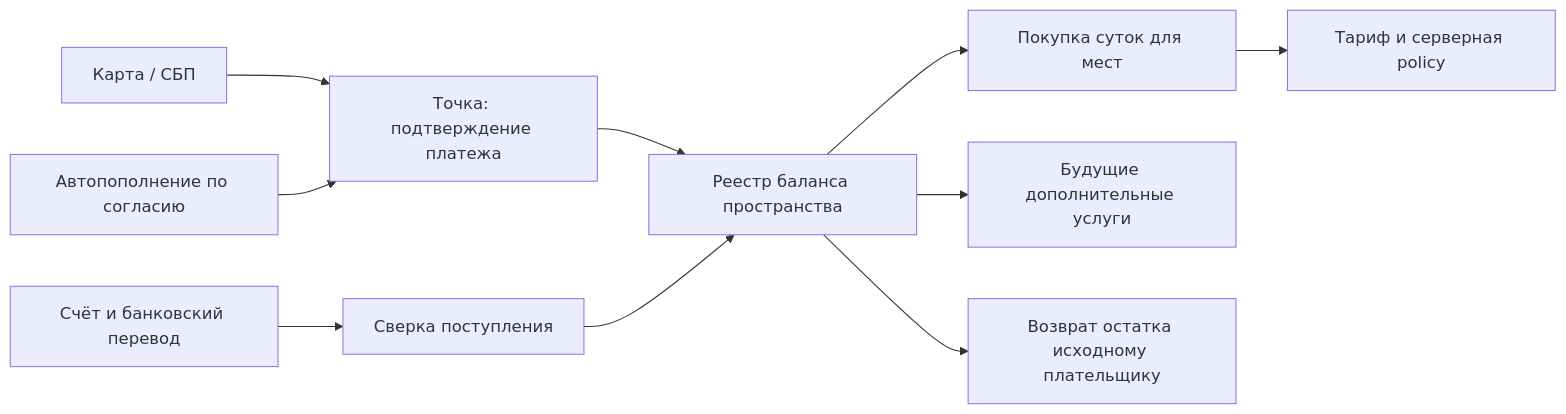
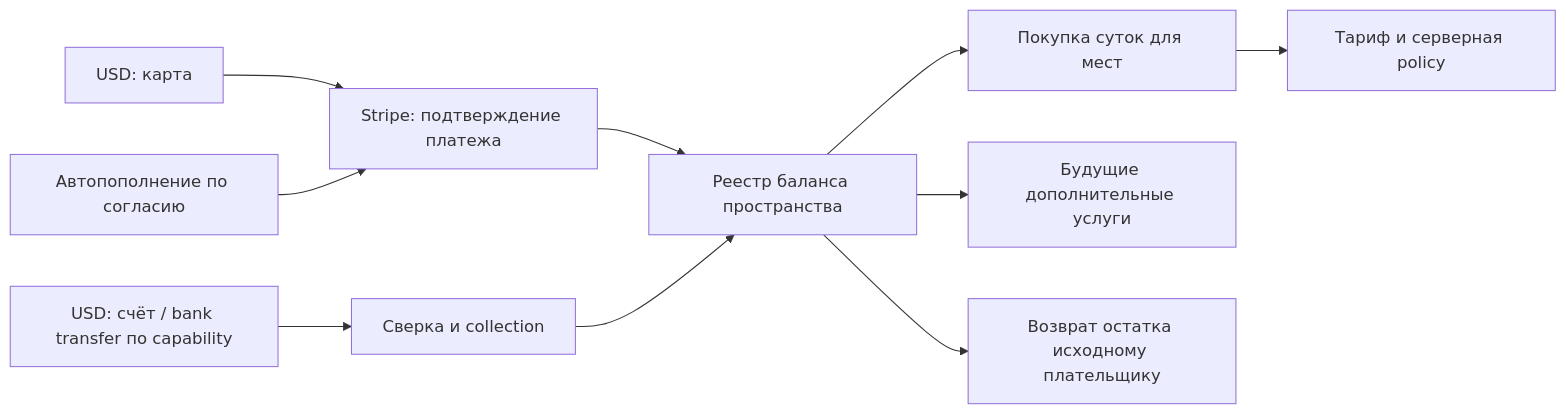
One commit to itrcz/calab changed the diagram in docs/adr/0080-seat-billing.md. Above: the diagram before and after it, drawn with Mermaid. The commit also changed other lines of this file and 7 other files, not shown here.

First line of the commit message:
docs: prioritize Stripe USD billing and specify tax boundaries

````diff
--- a/docs/adr/0080-seat-billing.md
+++ b/docs/adr/0080-seat-billing.md
@@ -62,12 +71,12 @@
 ```mermaid
 flowchart LR
-    C[Карта / СБП] --> T[Точка: подтверждение платежа]
-    I[Счёт и банковский перевод] --> R[Сверка поступления]
+    C[USD: карта] --> T[Stripe: подтверждение платежа]
+    I[USD: счёт / bank transfer по capability] --> R[Сверка и collection]
     T --> L[Реестр баланса пространства]
     R --> L
     A[Автопополнение по согласию] --> T
     L --> D[Покупка суток для мест]
     L --> X[Будущие дополнительные услуги]
     D --> P[Тариф и серверная policy]
     L --> F[Возврат остатка исходному плательщику]
 ```
````
